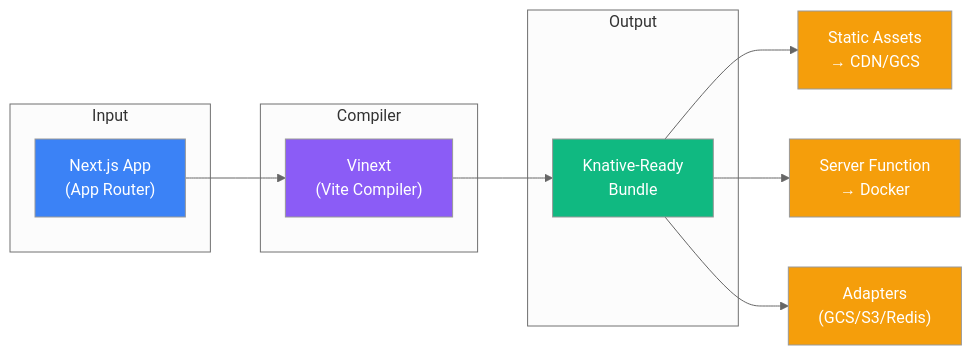
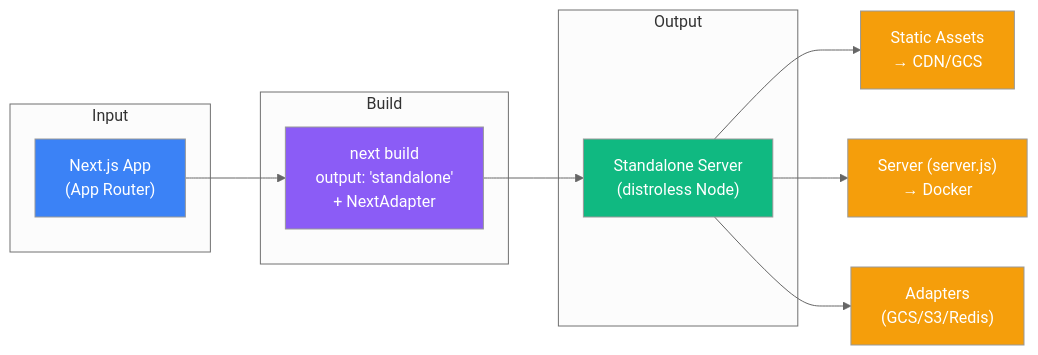
Before and after one commit to AhmedElBanna80/knext: the first of 3 diagrams in README.md, drawn with Mermaid (neutral theme). The commit also changed other lines of this file, not shown here.

First line of the commit message:
docs: README — migrate from vinext/bun-compile to official Next.js Adapter API + standalone

````diff
--- a/README.md
+++ b/README.md
@@ -56,27 +56,27 @@
 ```mermaid
 flowchart LR
     subgraph Input
         A["Next.js App<br/>(App Router)"]
     end
     
-    subgraph Compiler
-        B["Vinext<br/>(Vite Compiler)"]
+    subgraph Build
+        B["next build<br/>output: 'standalone'<br/>+ NextAdapter"]
     end
     
     subgraph Output
-        C["Knative-Ready<br/>Bundle"]
+        C["Standalone Server<br/>(distroless Node)"]
     end
     
     A --> B --> C
     
     C --> D["Static Assets<br/>→ CDN/GCS"]
-    C --> E["Server Function<br/>→ Docker"]
+    C --> E["Server (server.js)<br/>→ Docker"]
     C --> F["Adapters<br/>(GCS/S3/Redis)"]
 
     style A fill:#3b82f6,color:#fff
     style B fill:#8b5cf6,color:#fff
     style C fill:#10b981,color:#fff
     style D fill:#f59e0b,color:#fff
     style E fill:#f59e0b,color:#fff
     style F fill:#f59e0b,color:#fff
 ```
````
